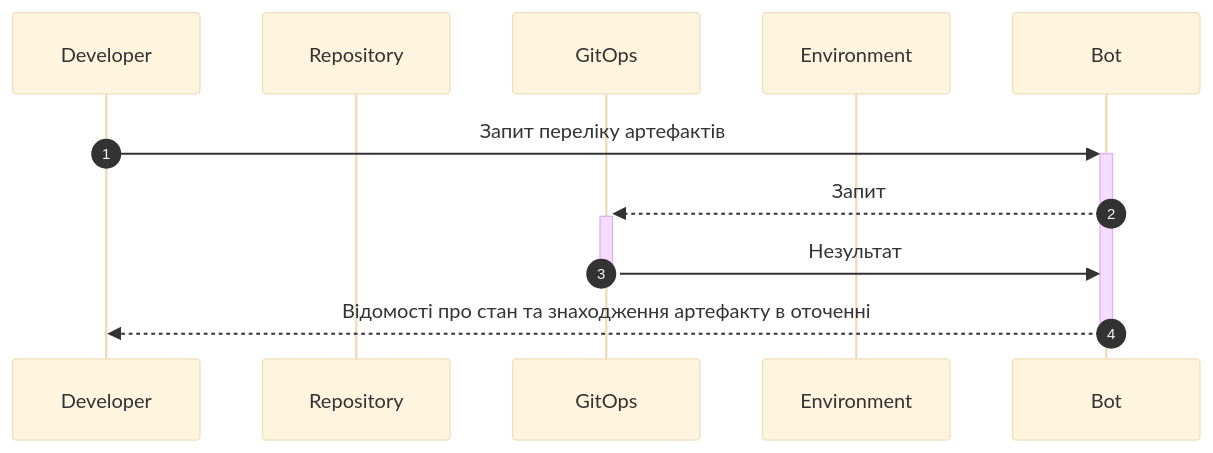
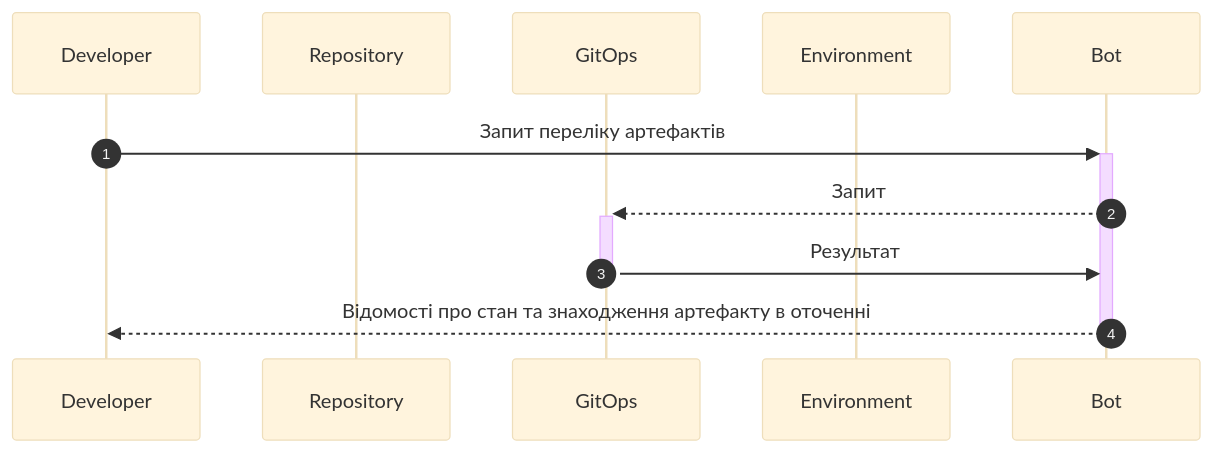
One commit to k3ilona/publisher-slack-bot changed the third of 6 diagrams in docs/HLD.md. Above: the diagram before and after it, drawn with Mermaid (base theme). The commit also changed other lines of this file, not shown here.

````diff
--- a/docs/HLD.md
+++ b/docs/HLD.md
@@ -106,14 +106,14 @@
 ```mermaid
 sequenceDiagram
 autonumber
     participant D as Developer
     participant R as Repository
     participant G as GitOps
     participant E as Environment
     participant B as Bot
 
     D ->>+ B: Запит переліку артефактів
     B -->>+ G: Запит
-    G ->>- B: Hезультат
+    G ->>- B: Результат
     B -->>- D: Відомості про стан та знаходження артефакту в оточенні
 ```
````
